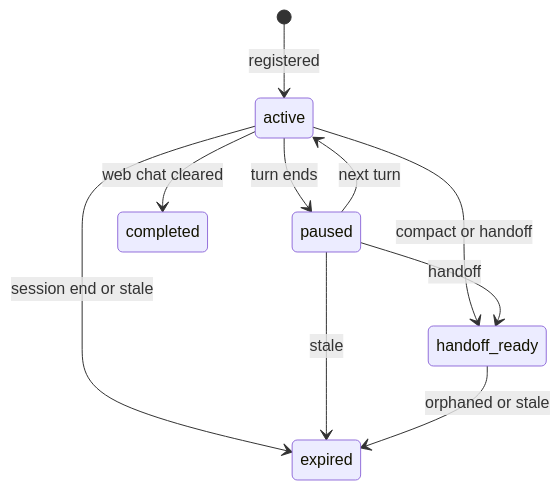
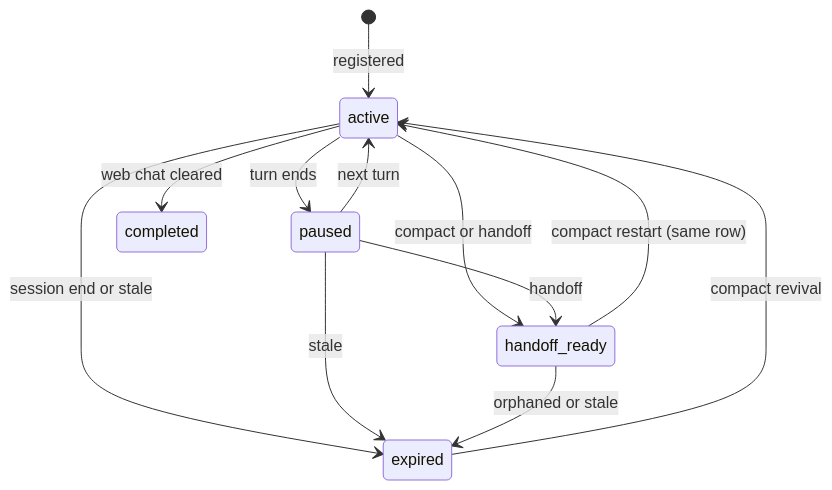
One commit to GobbyAI/gobby changed the first of 2 diagrams in docs/guides/sessions.md. Above: the diagram before and after it, drawn with Mermaid. The commit also changed other lines of this file and 37 other files, not shown here.

````diff
--- a/docs/guides/sessions.md
+++ b/docs/guides/sessions.md
@@ -39,12 +39,14 @@
 ```mermaid
 stateDiagram-v2
     [*] --> active: registered
     active --> paused: turn ends
     paused --> active: next turn
     active --> handoff_ready: compact or handoff
     paused --> handoff_ready: handoff
+    handoff_ready --> active: compact restart (same row)
     active --> completed: web chat cleared
     active --> expired: session end or stale
     paused --> expired: stale
     handoff_ready --> expired: orphaned or stale
+    expired --> active: compact revival
 ```
````
